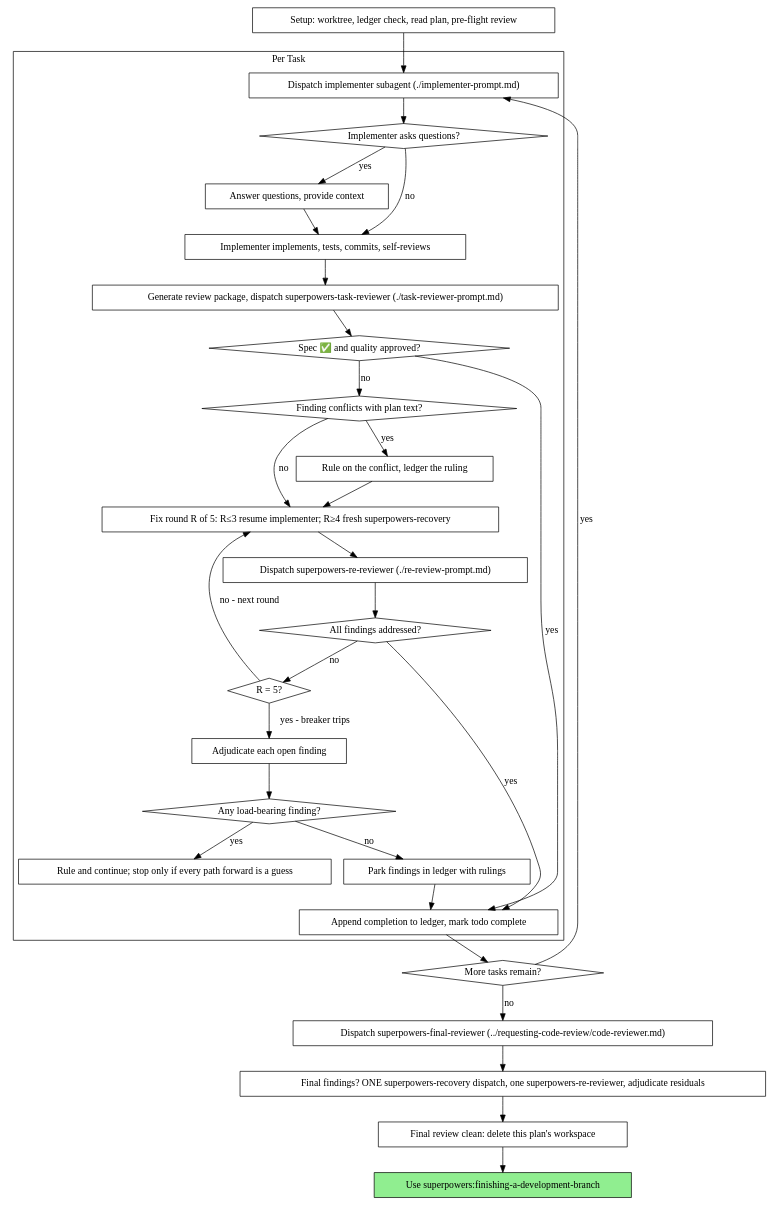
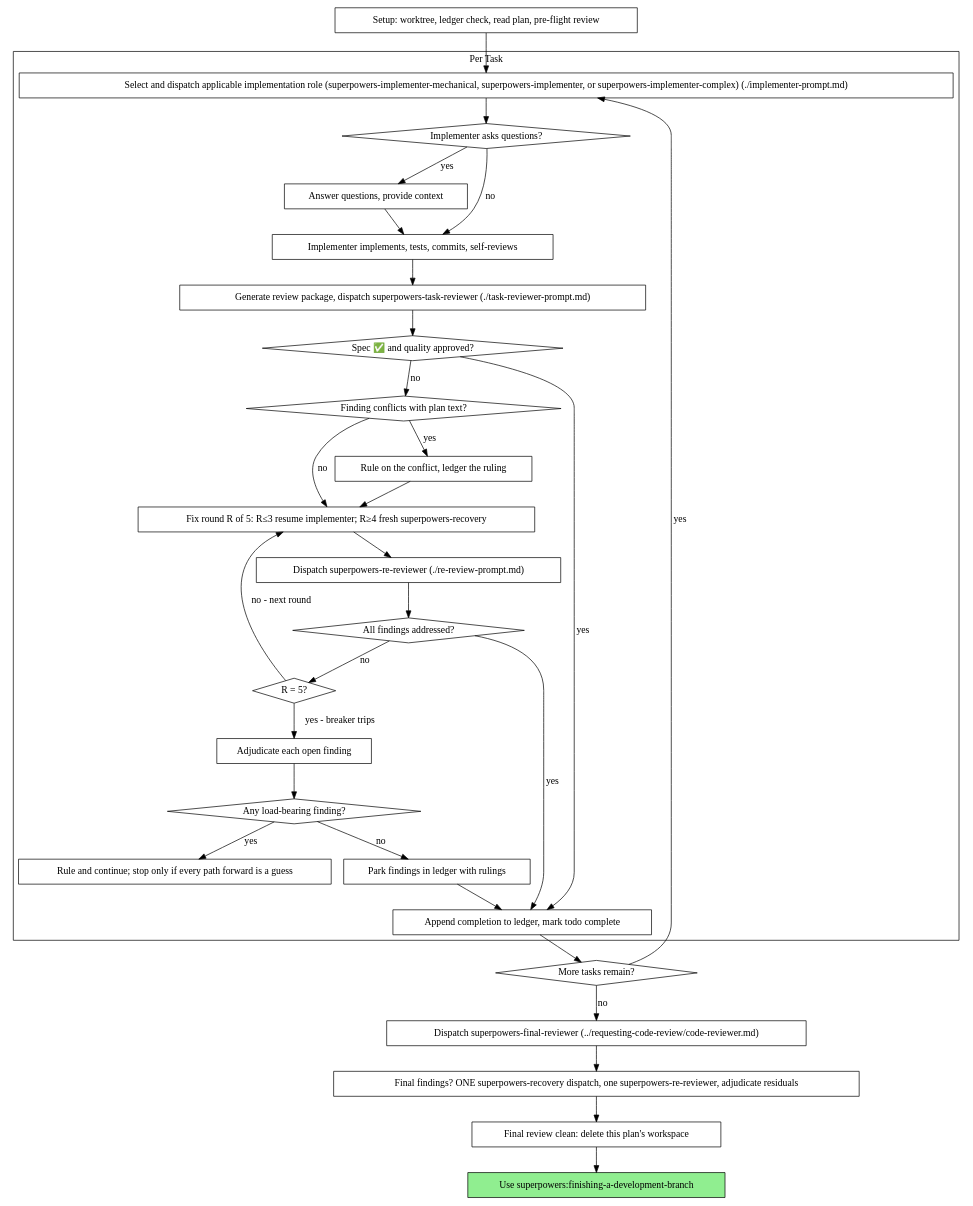
One commit to lucasmedeirosleite/superpowers changed the second of 2 diagrams in skills/subagent-driven-development/SKILL.md. Above: the diagram before and after it, drawn with Graphviz. The commit also changed other lines of this file and 1 other file, not shown here.

Commit message:
fix: name SDD native role dispatches

````diff
--- a/skills/subagent-driven-development/SKILL.md
+++ b/skills/subagent-driven-development/SKILL.md
@@ -61,62 +61,62 @@
 ```dot
 digraph process {
     rankdir=TB;
 
     subgraph cluster_per_task {
         label="Per Task";
-        "Dispatch implementer subagent (./implementer-prompt.md)" [shape=box];
+        "Select and dispatch applicable implementation role (superpowers-implementer-mechanical, superpowers-implementer, or superpowers-implementer-complex) (./implementer-prompt.md)" [shape=box];
         "Implementer asks questions?" [shape=diamond];
         "Answer questions, provide context" [shape=box];
         "Implementer implements, tests, commits, self-reviews" [shape=box];
         "Generate review package, dispatch superpowers-task-reviewer (./task-reviewer-prompt.md)" [shape=box];
         "Spec ✅ and quality approved?" [shape=diamond];
         "Finding conflicts with plan text?" [shape=diamond];
         "Rule on the conflict, ledger the ruling" [shape=box];
         "Fix round R of 5: R≤3 resume implementer; R≥4 fresh superpowers-recovery" [shape=box];
         "Dispatch superpowers-re-reviewer (./re-review-prompt.md)" [shape=box];
         "All findings addressed?" [shape=diamond];
         "R = 5?" [shape=diamond];
         "Adjudicate each open finding" [shape=box];
         "Any load-bearing finding?" [shape=diamond];
         "Rule and continue; stop only if every path forward is a guess" [shape=box];
         "Park findings in ledger with rulings" [shape=box];
         "Append completion to ledger, mark todo complete" [shape=box];
     }
 
     "Setup: worktree, ledger check, read plan, pre-flight review" [shape=box];
     "More tasks remain?" [shape=diamond];
     "Dispatch superpowers-final-reviewer (../requesting-code-review/code-reviewer.md)" [shape=box];
     "Final findings? ONE superpowers-recovery dispatch, one superpowers-re-reviewer, adjudicate residuals" [shape=box];
     "Final review clean: delete this plan's workspace" [shape=box];
     "Use superpowers:finishing-a-development-branch" [shape=box style=filled fillcolor=lightgreen];
 
-    "Setup: worktree, ledger check, read plan, pre-flight review" -> "Dispatch implementer subagent (./implementer-prompt.md)";
-    "Dispatch implementer subagent (./implementer-prompt.md)" -> "Implementer asks questions?";
+    "Setup: worktree, ledger check, read plan, pre-flight review" -> "Select and dispatch applicable implementation role (superpowers-implementer-mechanical, superpowers-implementer, or superpowers-implementer-complex) (./implementer-prompt.md)";
+    "Select and dispatch applicable implementation role (superpowers-implementer-mechanical, superpowers-implementer, or superpowers-implementer-complex) (./implementer-prompt.md)" -> "Implementer asks questions?";
     "Implementer asks questions?" -> "Answer questions, provide context" [label="yes"];
     "Answer questions, provide context" -> "Implementer implements, tests, commits, self-reviews";
     "Implementer asks questions?" -> "Implementer implements, tests, commits, self-reviews" [label="no"];
     "Implementer implements, tests, commits, self-reviews" -> "Generate review package, dispatch superpowers-task-reviewer (./task-reviewer-prompt.md)";
     "Generate review package, dispatch superpowers-task-reviewer (./task-reviewer-prompt.md)" -> "Spec ✅ and quality approved?";
     "Spec ✅ and quality approved?" -> "Append completion to ledger, mark todo complete" [label="yes"];
     "Spec ✅ and quality approved?" -> "Finding conflicts with plan text?" [label="no"];
     "Finding conflicts with plan text?" -> "Rule on the conflict, ledger the ruling" [label="yes"];
     "Rule on the conflict, ledger the ruling" -> "Fix round R of 5: R≤3 resume implementer; R≥4 fresh superpowers-recovery";
     "Finding conflicts with plan text?" -> "Fix round R of 5: R≤3 resume implementer; R≥4 fresh superpowers-recovery" [label="no"];
     "Fix round R of 5: R≤3 resume implementer; R≥4 fresh superpowers-recovery" -> "Dispatch superpowers-re-reviewer (./re-review-prompt.md)";
     "Dispatch superpowers-re-reviewer (./re-review-prompt.md)" -> "All findings addressed?";
     "All findings addressed?" -> "Append completion to ledger, mark todo complete" [label="yes"];
     "All findings addressed?" -> "R = 5?" [label="no"];
     "R = 5?" -> "Fix round R of 5: R≤3 resume implementer; R≥4 fresh superpowers-recovery" [label="no - next round"];
     "R = 5?" -> "Adjudicate each open finding" [label="yes - breaker trips"];
     "Adjudicate each open finding" -> "Any load-bearing finding?";
     "Any load-bearing finding?" -> "Rule and continue; stop only if every path forward is a guess" [label="yes"];
     "Any load-bearing finding?" -> "Park findings in ledger with rulings" [label="no"];
     "Park findings in ledger with rulings" -> "Append completion to ledger, mark todo complete";
     "Append completion to ledger, mark todo complete" -> "More tasks remain?";
-    "More tasks remain?" -> "Dispatch implementer subagent (./implementer-prompt.md)" [label="yes"];
+    "More tasks remain?" -> "Select and dispatch applicable implementation role (superpowers-implementer-mechanical, superpowers-implementer, or superpowers-implementer-complex) (./implementer-prompt.md)" [label="yes"];
     "More tasks remain?" -> "Dispatch superpowers-final-reviewer (../requesting-code-review/code-reviewer.md)" [label="no"];
     "Dispatch superpowers-final-reviewer (../requesting-code-review/code-reviewer.md)" -> "Final findings? ONE superpowers-recovery dispatch, one superpowers-re-reviewer, adjudicate residuals";
     "Final findings? ONE superpowers-recovery dispatch, one superpowers-re-reviewer, adjudicate residuals" -> "Final review clean: delete this plan's workspace";
     "Final review clean: delete this plan's workspace" -> "Use superpowers:finishing-a-development-branch";
 }
 ```
````
